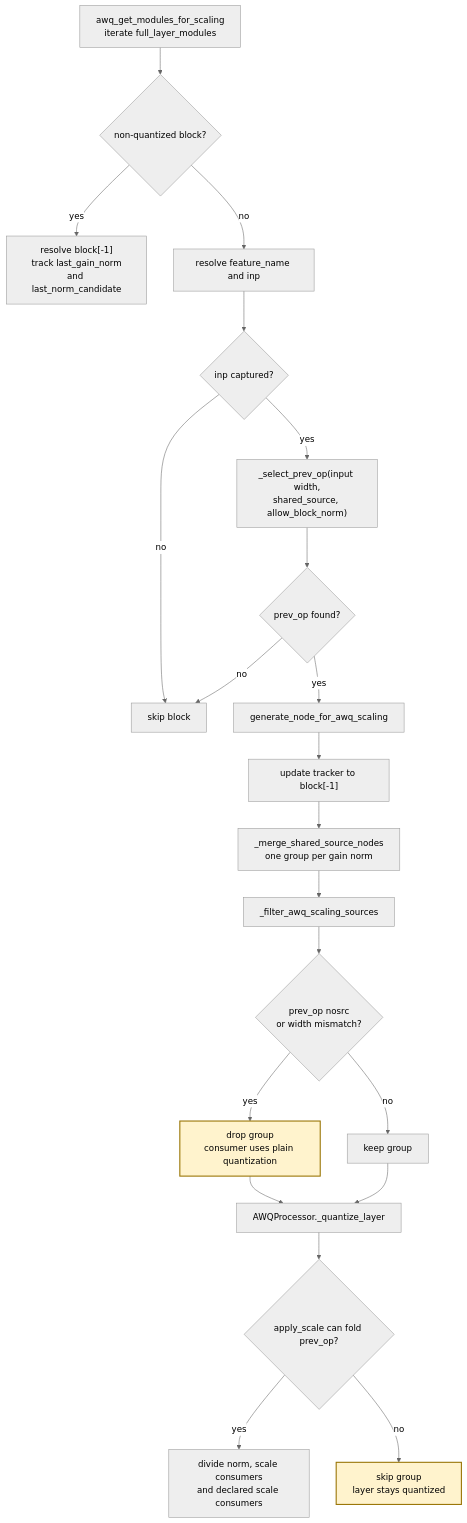
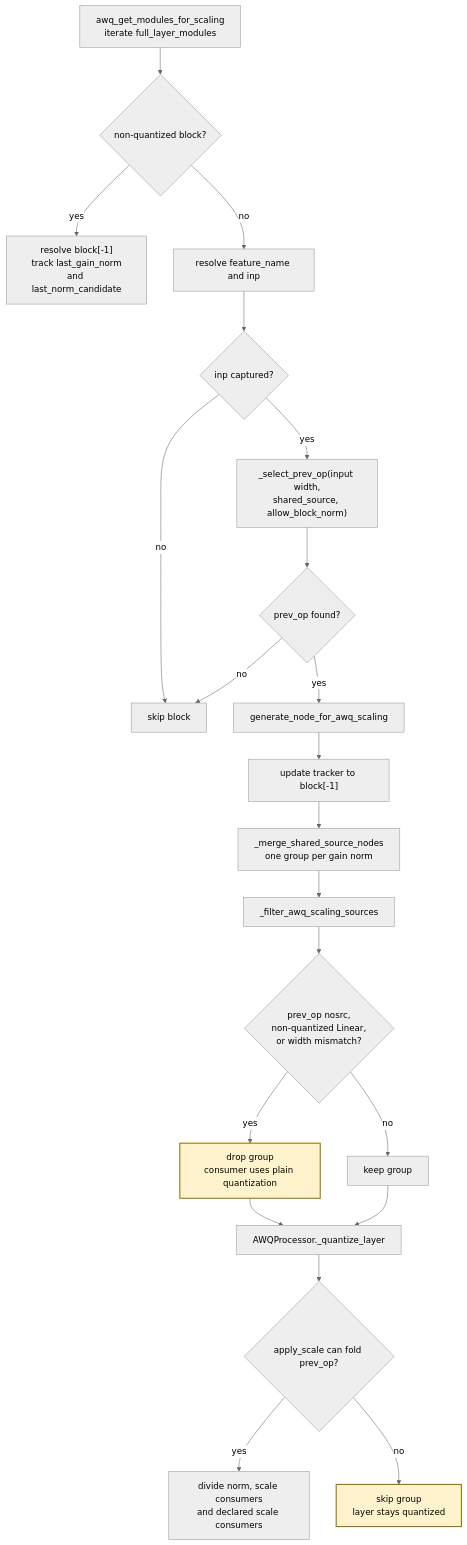
The first of 9 diagrams in docs/awq-scaling-groups.md (ModelCloud/GPTQModel), drawn with Mermaid (neutral theme) before and after one commit. The commit also changed other lines of this file and 3 other files, not shown here.

````diff
--- a/docs/awq-scaling-groups.md
+++ b/docs/awq-scaling-groups.md
@@ -36,25 +40,25 @@
 ```mermaid
 flowchart TD
     A["awq_get_modules_for_scaling<br/>iterate full_layer_modules"] --> B{"non-quantized block?"}
     B -- "yes" --> C["resolve block[-1]<br/>track last_gain_norm<br/>and last_norm_candidate"]
     B -- "no" --> G["resolve feature_name and inp"]
     G --> H{"inp captured?"}
     H -- "no" --> I["skip block"]
     H -- "yes" --> J["_select_prev_op(input width,<br/>shared_source, allow_block_norm)"]
     J --> K{"prev_op found?"}
     K -- "no" --> I
     K -- "yes" --> L["generate_node_for_awq_scaling"]
     L --> M["update tracker to block[-1]"]
     M --> N["_merge_shared_source_nodes<br/>one group per gain norm"]
     N --> O["_filter_awq_scaling_sources"]
-    O --> P{"prev_op nosrc<br/>or width mismatch?"}
+    O --> P{"prev_op nosrc,<br/>non-quantized Linear,<br/>or width mismatch?"}
     P -- "yes" --> Q["drop group<br/>consumer uses plain quantization"]
     P -- "no" --> R["keep group"]
     Q --> S["AWQProcessor._quantize_layer"]
     R --> S
     S --> T{"apply_scale can fold prev_op?"}
     T -- "yes" --> U["divide norm, scale consumers<br/>and declared scale consumers"]
     T -- "no" --> V["skip group<br/>layer stays quantized"]
     style Q fill:#fff3cd,stroke:#997404,stroke-width:2px
     style V fill:#fff3cd,stroke:#997404,stroke-width:2px
 ```
````
